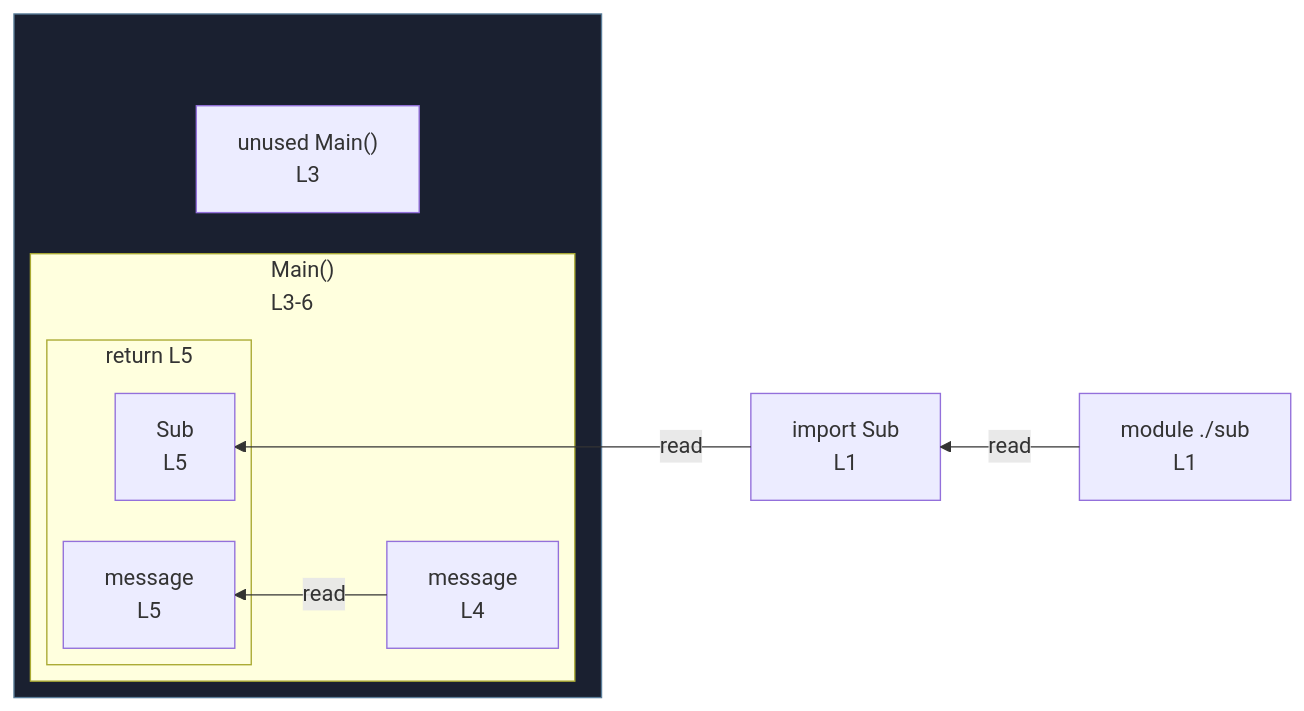
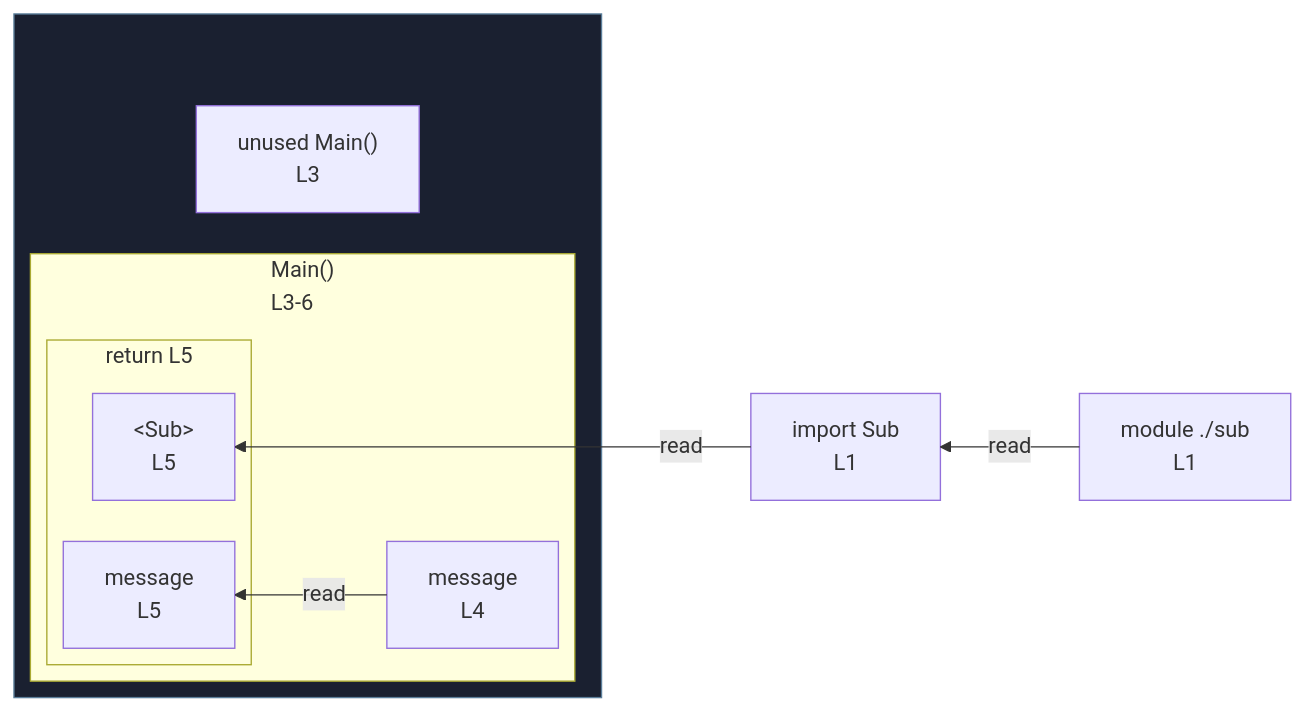
The diagram in integration/fixtures/jsx-children-expression/preview.md (crescware/unsnarl), drawn with Mermaid before and after one commit. The commit also changed 95 other files, not shown here.

````diff
--- a/integration/fixtures/jsx-children-expression/preview.md
+++ b/integration/fixtures/jsx-children-expression/preview.md
@@ -16,24 +16,24 @@
 ```mermaid
 %%{init: {"flowchart": {"defaultRenderer": "elk"}}}%%
 flowchart RL
   n_scope_0_Sub_9["import Sub<br/>L1"]
   subgraph wrap_s_scope_1[" "]
     direction TB
     n_scope_0_Main_46["unused Main()<br/>L3"]
     subgraph s_scope_1["Main()<br/>L3-6"]
       direction RL
       n_scope_1_message_63["message<br/>L4"]
       subgraph s_return_scope_0_Main_46_84_112["return L5"]
         direction RL
-        ret_use_ref_0["Sub<br/>L5"]
+        ret_use_ref_0["&lt;Sub&gt;<br/>L5"]
         ret_use_ref_1["message<br/>L5"]
       end
     end
   end
   n_scope_0_Sub_9 -->|read| ret_use_ref_0
   n_scope_1_message_63 -->|read| ret_use_ref_1
   mod___sub["module ./sub<br/>L1"]
   mod___sub -->|read| n_scope_0_Sub_9
   classDef fnWrap fill:#1a2030,stroke:#5a7d99;
   class wrap_s_scope_1 fnWrap;
 ```
````
